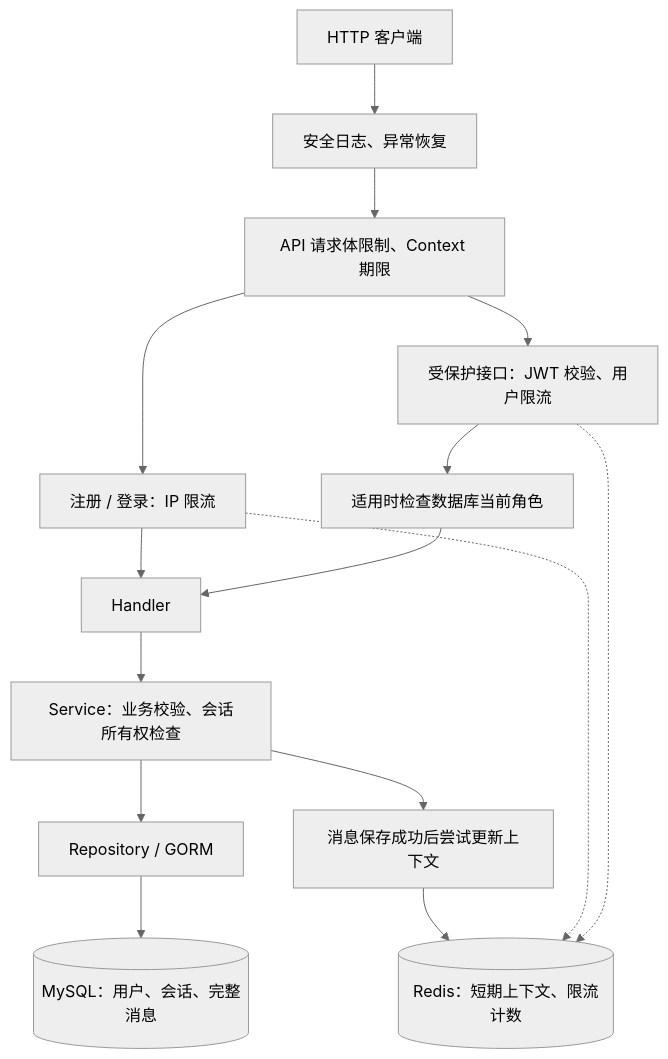
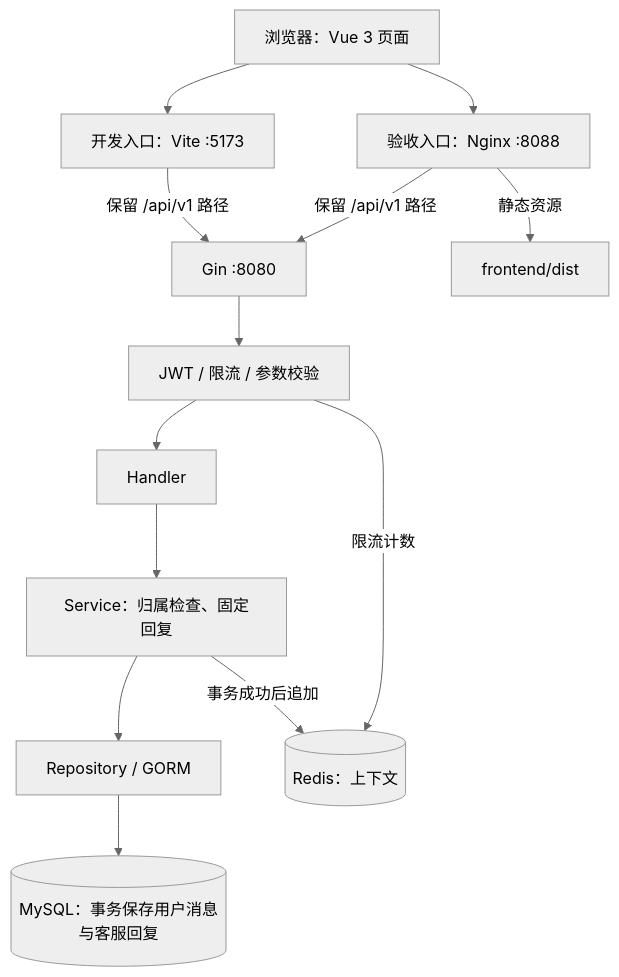
Before and after one commit to Kami1naBotan/video-support-agent: the diagram in README.md, drawn with Mermaid (neutral theme). The commit also changed other lines of this file and 53 other files, not shown here.

Commit message:
add vue and nginx

````diff
--- a/README.md
+++ b/README.md
@@ -112,19 +208,20 @@
 ```mermaid
 flowchart TD
-    Client["HTTP 客户端"] --> Guard["安全日志、异常恢复"]
-    Guard --> API["API 请求体限制、Context 期限"]
+    Browser["浏览器：Vue 3 页面"]
 
-    API --> Public["注册 / 登录：IP 限流"]
-    API --> Protected["受保护接口：JWT 校验、用户限流"]
-    Protected --> Roles["适用时检查数据库当前角色"]
+    Browser --> Vite["开发入口：Vite :5173"]
+    Browser --> Nginx["验收入口：Nginx :8088"]
 
-    Public --> Handler["Handler"]
-    Roles --> Handler
-    Handler --> Service["Service：业务校验、会话所有权检查"]
+    Vite -->|"保留 /api/v1 路径"| Gin["Gin :8080"]
+    Nginx -->|"静态资源"| Dist["frontend/dist"]
+    Nginx -->|"保留 /api/v1 路径"| Gin
+
+    Gin --> Auth["JWT / 限流 / 参数校验"]
+    Auth --> Handler["Handler"]
+    Handler --> Service["Service：归属检查、固定回复"]
     Service --> Repository["Repository / GORM"]
-    Repository --> MySQL[("MySQL：用户、会话、完整消息")]
-    Service --> Context["消息保存成功后尝试更新上下文"]
-    Context --> Redis[("Redis：短期上下文、限流计数")]
-    Public -.-> Redis
-    Protected -.-> Redis
+    Repository --> MySQL[("MySQL：事务保存用户消息与客服回复")]
+
+    Service -->|"事务成功后追加"| Redis[("Redis：上下文")]
+    Auth -->|"限流计数"| Redis
 ```
````
